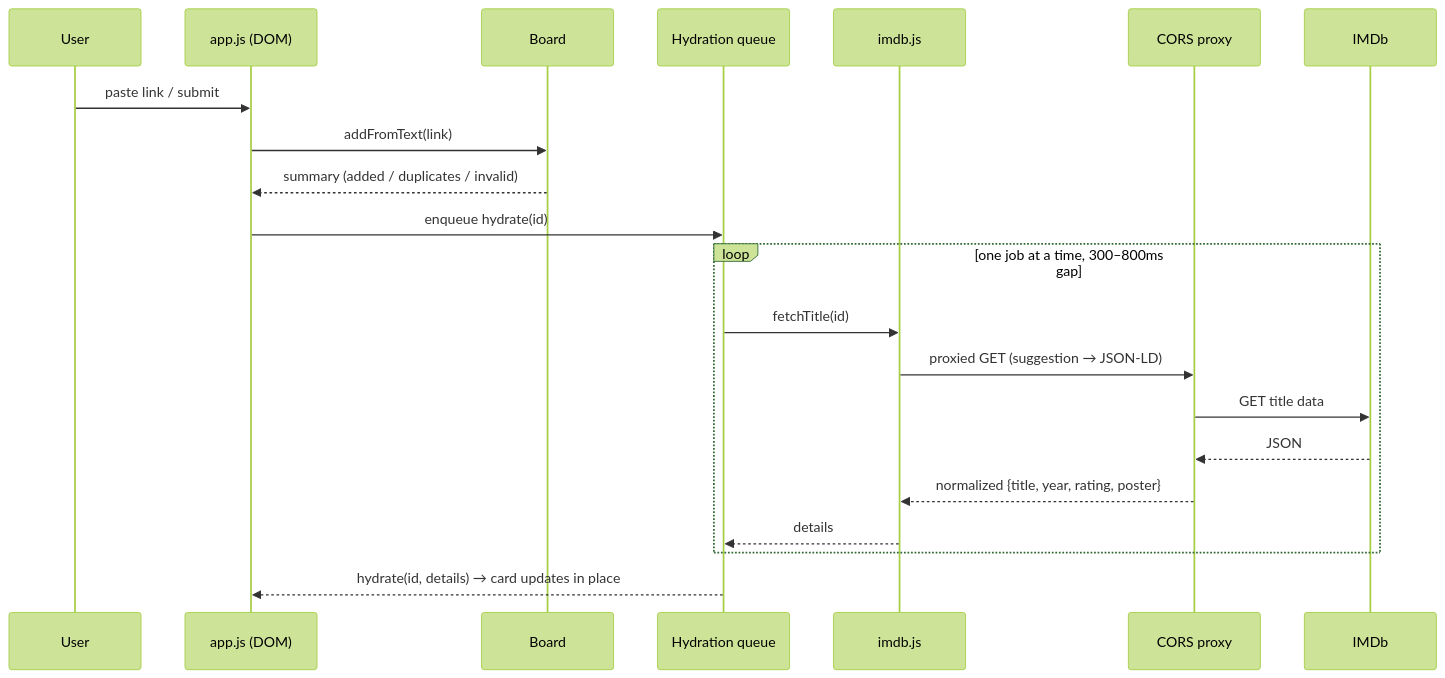
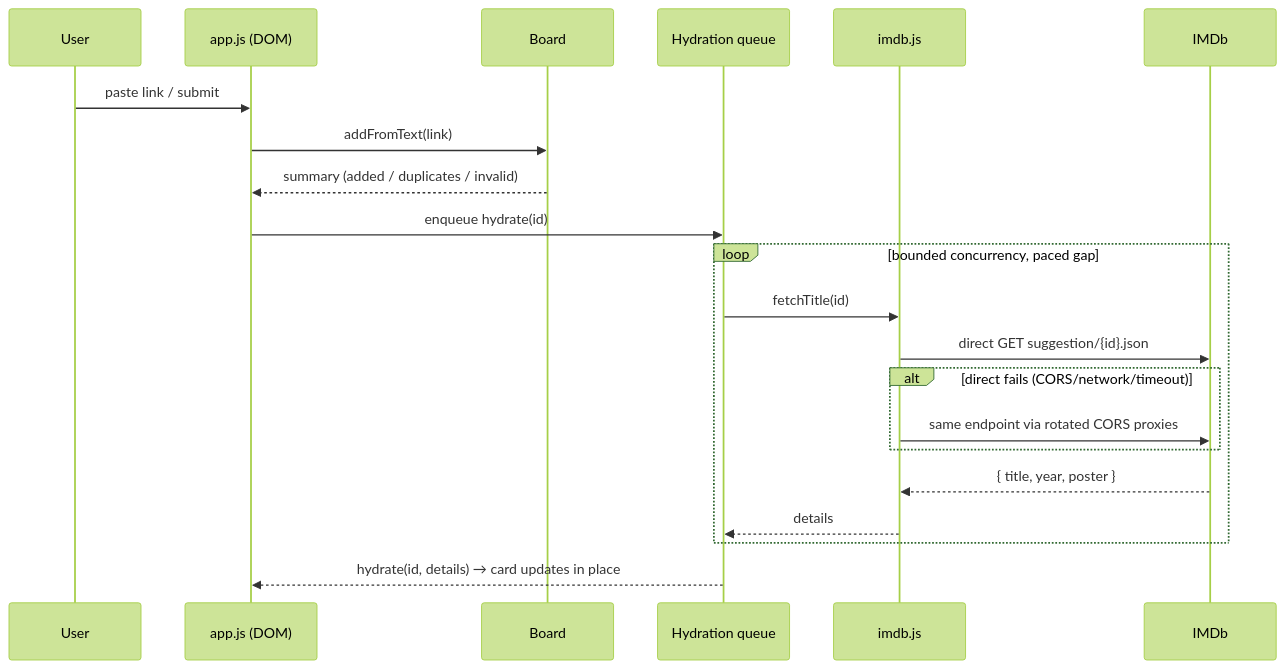
One commit to leandjb/movies-selector changed the second of 2 diagrams in README.md. Above: the diagram before and after it, drawn with Mermaid (forest theme). The commit also changed other lines of this file and 48 other files, not shown here.

````diff
--- a/README.md
+++ b/README.md
@@ -68,23 +77,23 @@
 ```mermaid
 sequenceDiagram
   participant U as User
   participant UI as app.js (DOM)
   participant B as Board
   participant Q as Hydration queue
   participant IM as imdb.js
-  participant P as CORS proxy
   participant I as IMDb
   U->>UI: paste link / submit
   UI->>B: addFromText(link)
   B-->>UI: summary (added / duplicates / invalid)
   UI->>Q: enqueue hydrate(id)
-  loop one job at a time, 300–800ms gap
+  loop bounded concurrency, paced gap
     Q->>IM: fetchTitle(id)
-    IM->>P: proxied GET (suggestion → JSON-LD)
-    P->>I: GET title data
-    I-->>P: JSON
-    P-->>IM: normalized {title, year, rating, poster}
+    IM->>I: direct GET suggestion/{id}.json
+    alt direct fails (CORS/network/timeout)
+      IM->>I: same endpoint via rotated CORS proxies
+    end
+    I-->>IM: { title, year, poster }
     IM-->>Q: details
   end
   Q-->>UI: hydrate(id, details) → card updates in place
 ```
````
